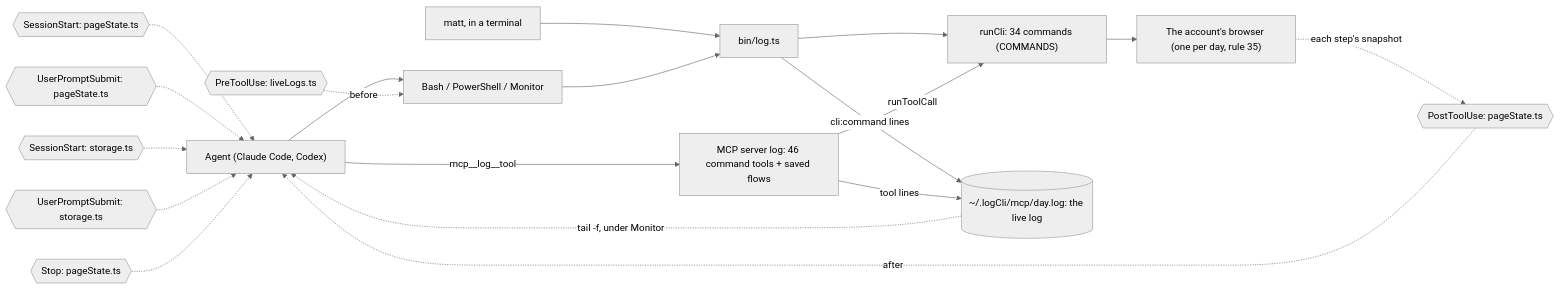
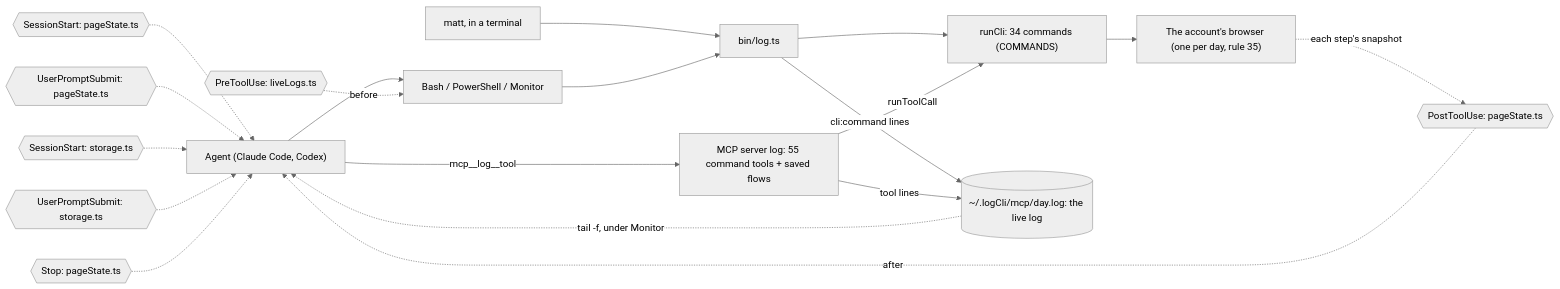
Before and after one commit to matthewdonsemail-lab/log: the second of 5 diagrams in README.md, drawn with Mermaid (neutral theme). The commit also changed other lines of this file and 45 other files, not shown here.

Commit message:
feat: MCP tool annotations and separate live tools (Duet plan step 2)

````diff
--- a/README.md
+++ b/README.md
@@ -87,29 +87,29 @@
 ```mermaid
 flowchart LR
   agent["Agent (Claude Code, Codex)"]
   matt["matt, in a terminal"]
   shell["Bash / PowerShell / Monitor"]
-  mcp["MCP server log: 46 command tools + saved flows"]
+  mcp["MCP server log: 55 command tools + saved flows"]
   bin["bin/log.ts"]
   runCli["runCli: 34 commands (COMMANDS)"]
   live[("~/.logCli/mcp/day.log: the live log")]
   browser["The account's browser (one per day, rule 35)"]
   agent --> shell
   matt --> bin
   shell --> bin
   agent -->|mcp__log__tool| mcp
   bin --> runCli
   mcp -->|runToolCall| runCli
   runCli --> browser
   bin -->|cli:command lines| live
   mcp -->|tool lines| live
   live -.->|tail -f, under Monitor| agent
   pre0{{"PreToolUse: liveLogs.ts"}} -.->|before| shell
   post0{{"PostToolUse: pageState.ts"}} -.->|after| agent
   turn0{{"SessionStart: pageState.ts"}} -.-> agent
   turn1{{"UserPromptSubmit: pageState.ts"}} -.-> agent
   turn2{{"SessionStart: storage.ts"}} -.-> agent
   turn3{{"UserPromptSubmit: storage.ts"}} -.-> agent
   turn4{{"Stop: pageState.ts"}} -.-> agent
   browser -.->|each step's snapshot| post0
 ```
````
